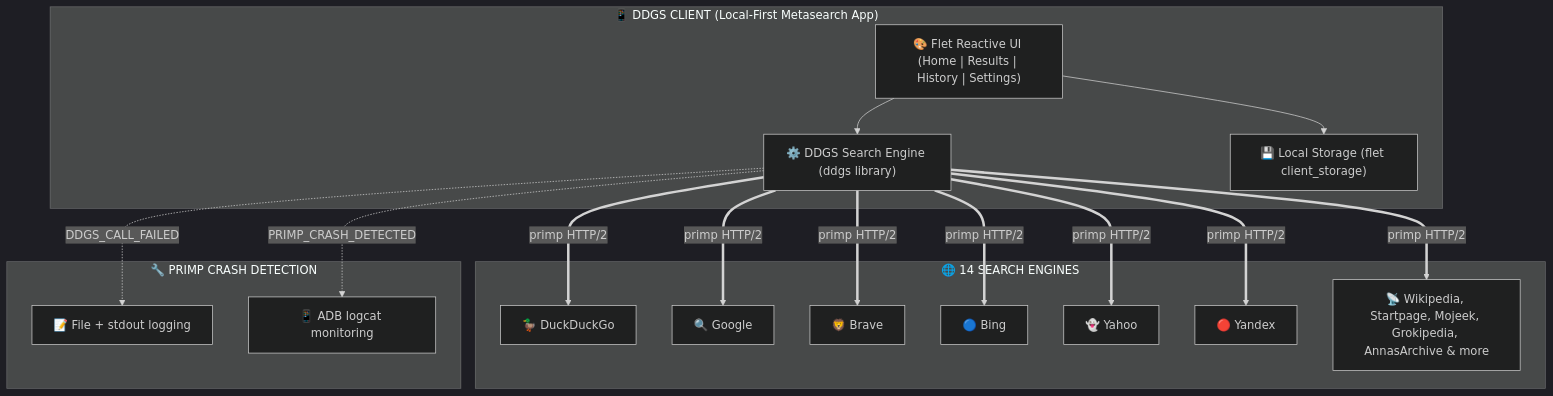
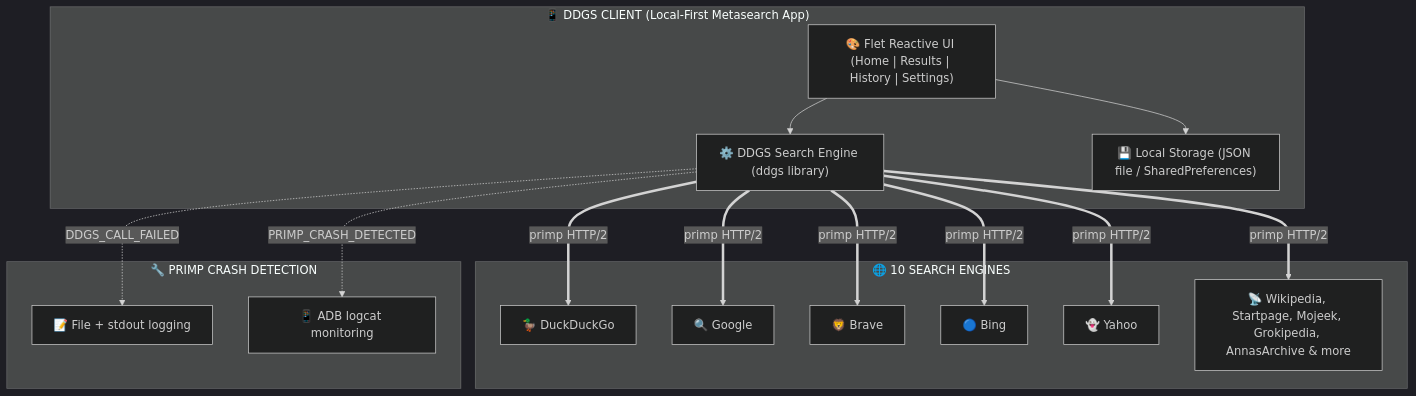
One commit to Nwokike/DDGS changed the diagram in README.md. Above: the diagram before and after it, drawn with Mermaid (dark theme). The commit also changed other lines of this file and 1 other file, not shown here.

````diff
--- a/README.md
+++ b/README.md
@@ -149,35 +217,33 @@
 ```mermaid
 graph TB
     subgraph DDGS_CLIENT ["📱 DDGS CLIENT (Local-First Metasearch App)"]
         UI["🎨 Flet Reactive UI (Home | Results | History | Settings)"]
         Engine["⚙️ DDGS Search Engine (ddgs library)"]
-        Storage["💾 Local Storage (flet client_storage)"]
+        Storage["💾 Local Storage (JSON file / SharedPreferences)"]
         UI --> Engine
         UI --> Storage
     end
 
-    subgraph SEARCH_PROVIDERS ["🌐 14 SEARCH ENGINES"]
+    subgraph SEARCH_PROVIDERS ["🌐 10 SEARCH ENGINES"]
         DDG["🦆 DuckDuckGo"]
         Google["🔍 Google"]
         Brave["🦁 Brave"]
         Bing["🔵 Bing"]
         Yahoo["👻 Yahoo"]
-        Yandex["🔴 Yandex"]
         Others["📡 Wikipedia, Startpage, Mojeek, Grokipedia, AnnasArchive & more"]
     end
 
     subgraph DEBUG ["🔧 PRIMP CRASH DETECTION"]
         Logs["📝 File + stdout logging"]
         Logcat["📱 ADB logcat monitoring"]
     end
 
     Engine ==>|primp HTTP/2| DDG
     Engine ==>|primp HTTP/2| Google
     Engine ==>|primp HTTP/2| Brave
     Engine ==>|primp HTTP/2| Bing
     Engine ==>|primp HTTP/2| Yahoo
-    Engine ==>|primp HTTP/2| Yandex
     Engine ==>|primp HTTP/2| Others
     Engine -.->|DDGS_CALL_FAILED| Logs
     Engine -.->|PRIMP_CRASH_DETECTED| Logcat
 ```
````
